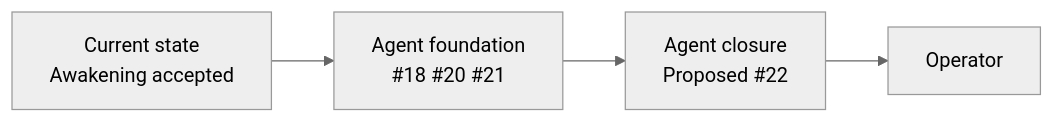
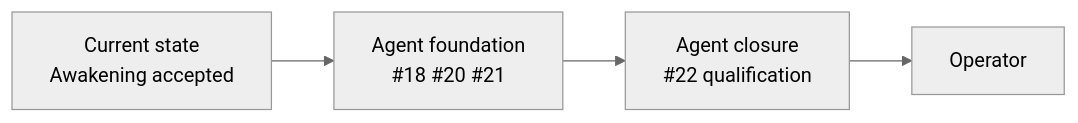
The second of 5 diagrams in docs/03_ROADMAP.md (binhvu284/tobi), drawn with Mermaid (neutral theme) before and after one commit. The commit also changed other lines of this file and 265 other files, not shown here.

````diff
--- a/docs/03_ROADMAP.md
+++ b/docs/03_ROADMAP.md
@@ -28,6 +39,6 @@
 ```mermaid
 flowchart LR
   A["Current state\nAwakening accepted"] --> B["Agent foundation\n#18 #20 #21"]
-  B --> C["Agent closure\nProposed #22"]
+  B --> C["Agent closure\n#22 qualification"]
   C --> D["Operator"]
 ```
````
